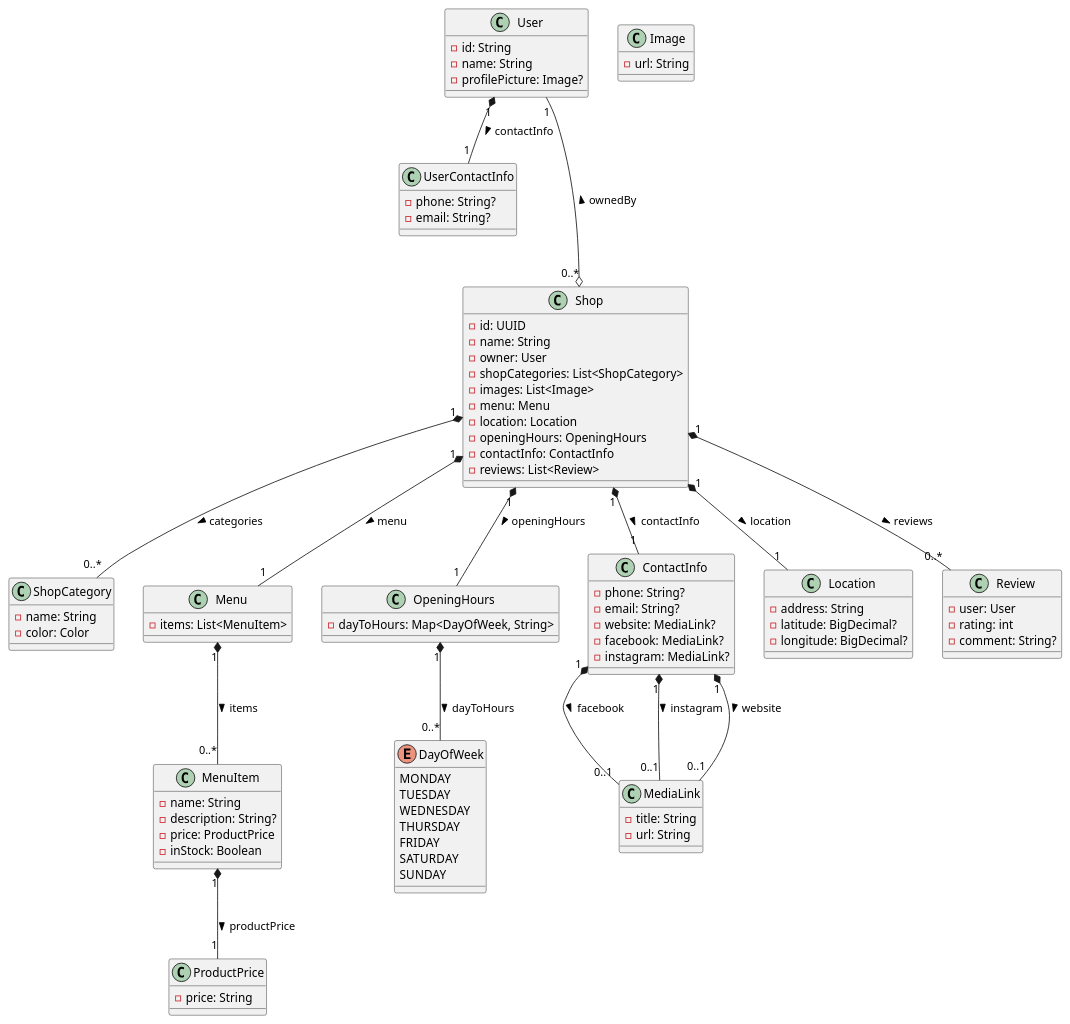
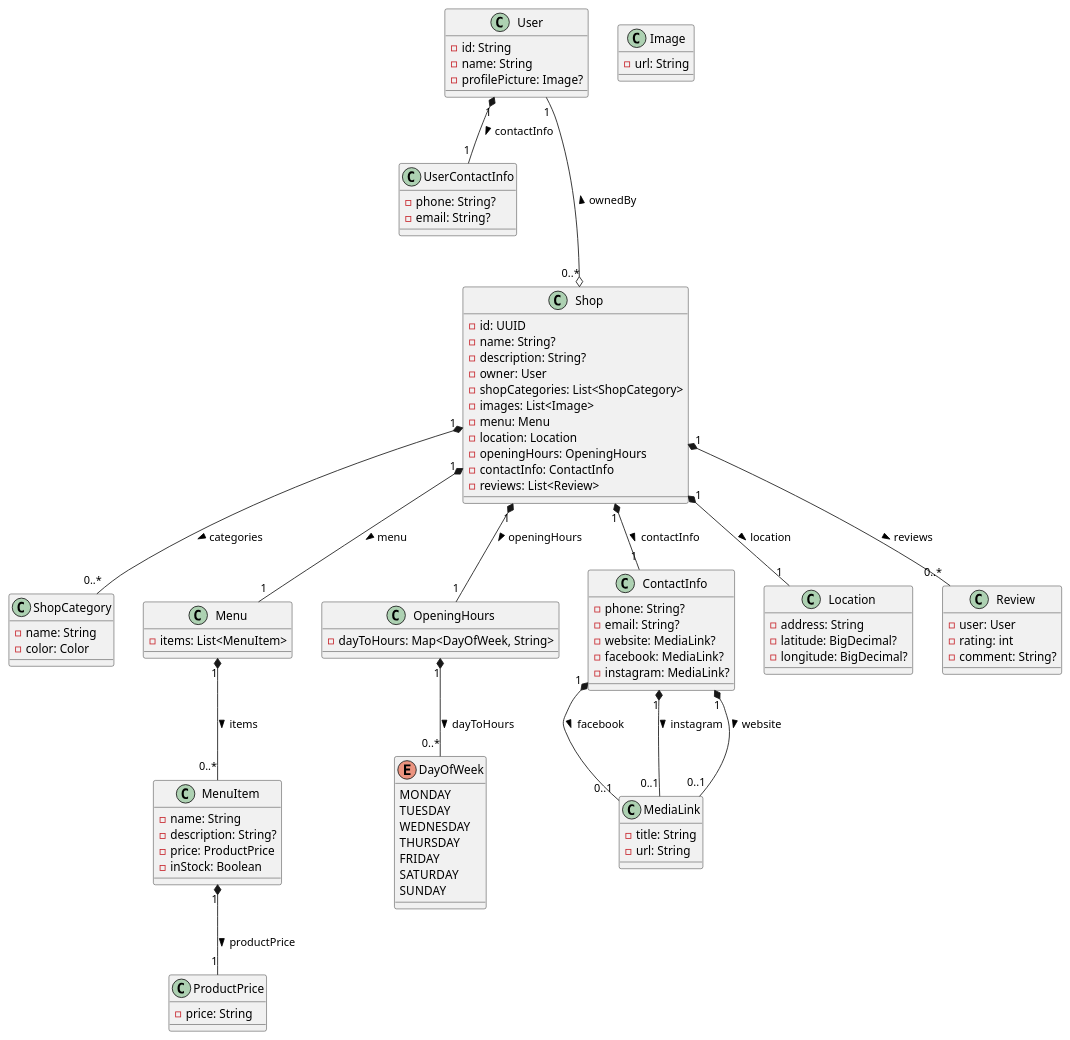
Before and after one commit to tondracek/my-farmer: the diagram in docs/diagram/class.puml, drawn with PlantUML.

Commit message:
Class diagram: made name optional, added description

```diff
--- a/docs/diagram/class.puml
+++ b/docs/diagram/class.puml
@@ -1,135 +1,136 @@
 @startuml
 
 skinparam backgroundColor #FFFFFF
 
 class User {
     - id: String
     - name: String
     - profilePicture: Image?
 }
 
 ' ----------------------------------- '
 
 class UserContactInfo {
     - phone: String?
     - email: String?
 }
 
 User "1" *-- "1" UserContactInfo : contactInfo >
 
 ' ----------------------------------- '
 
 class Shop {
     - id: UUID
-    - name: String
+    - name: String?
+    - description: String?
     - owner: User
     - shopCategories: List<ShopCategory>
     - images: List<Image>
     - menu: Menu
     - location: Location
     - openingHours: OpeningHours
     - contactInfo: ContactInfo
     - reviews: List<Review>
 }
 
 User "1" ---o "0..*" Shop : ownedBy <
 
 ' ----------------------------------- '
 
 class ShopCategory {
     - name: String
     - color: Color
 }
 
 Shop "1" *-- "0..*" ShopCategory : categories >
 
 ' ----------------------------------- '
 
 class Menu {
     - items: List<MenuItem>
 }
 
 class MenuItem {
     - name: String
     - description: String?
     - price: ProductPrice
     - inStock: Boolean
 }
 
 class ProductPrice {
     - price: String
 }
 
 Shop "1" *-- "1" Menu : menu >
 Menu "1" *-- "0..*" MenuItem : items >
 MenuItem "1" *-- "1" ProductPrice : productPrice >
 
 ' ----------------------------------- '
 
 class OpeningHours {
     - dayToHours: Map<DayOfWeek, String>
 }
 
 enum DayOfWeek {
     MONDAY
     TUESDAY
     WEDNESDAY
     THURSDAY
     FRIDAY
     SATURDAY
     SUNDAY
 }
 
 Shop "1" *-- "1" OpeningHours : openingHours >
 OpeningHours "1" *-- "0..*" DayOfWeek : dayToHours >
 
 ' ----------------------------------- '
 
 class ContactInfo {
     - phone: String?
     - email: String?
     - website: MediaLink?
     - facebook: MediaLink?
     - instagram: MediaLink?
 }
 
 Shop "1" *-- "1" ContactInfo : contactInfo >
 
 ' ----------------------------------- '
 
 class MediaLink {
     - title: String
     - url: String
 }
 
 ContactInfo "1" *-- "0..1" MediaLink : facebook >
 ContactInfo "1" *-- "0..1" MediaLink : instagram >
 ContactInfo "1" *-- "0..1" MediaLink : website >
 
 ' ----------------------------------- '
 
 class Location {
     - address: String
     - latitude: BigDecimal?
     - longitude: BigDecimal?
 }
 
 Shop "1" *-- "1" Location : location >
 
 ' ----------------------------------- '
 
 class Review {
     - user: User
     - rating: int
     - comment: String?
 }
 
 Shop "1" *-- "0..*" Review : reviews >
 
 ' ----------------------------------- '
 
 class Image {
     - url: String
 }
 
 @enduml
```
